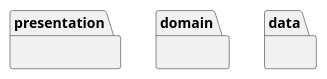
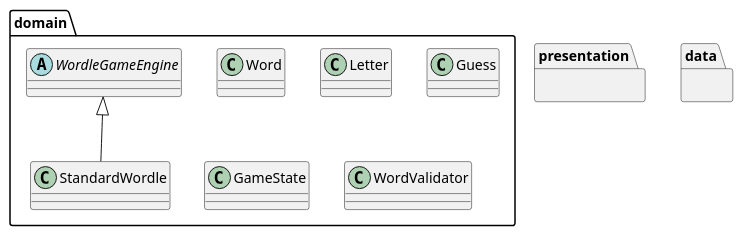
Before and after one commit to nu-cs-sw-design/project-20252601-cubes: the diagram in docs/design/design.puml, drawn with PlantUML.

Commit message:
Designed domain layer

```diff
--- a/docs/design/design.puml
+++ b/docs/design/design.puml
@@ -1,10 +1,25 @@
 @startuml
 
 package presentation {
 }
 package domain {
+    class Word {
+    }
+    class Letter {
+    }
+    class Guess {
+    }
+    abstract class WordleGameEngine {
+    }
+    class StandardWordle extends WordleGameEngine {
+    }
+    class GameState {
+    }
+    class WordValidator {
+    }
+
 }
 package data {
 }
 
 @enduml
```
